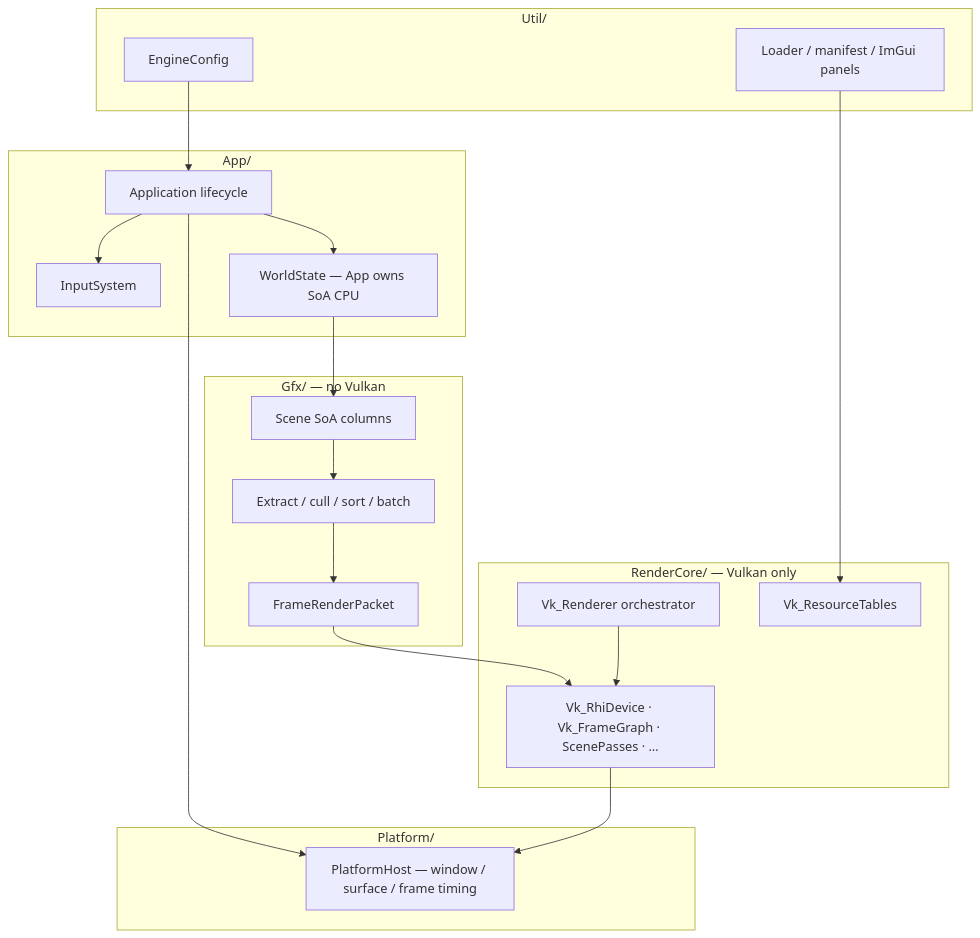
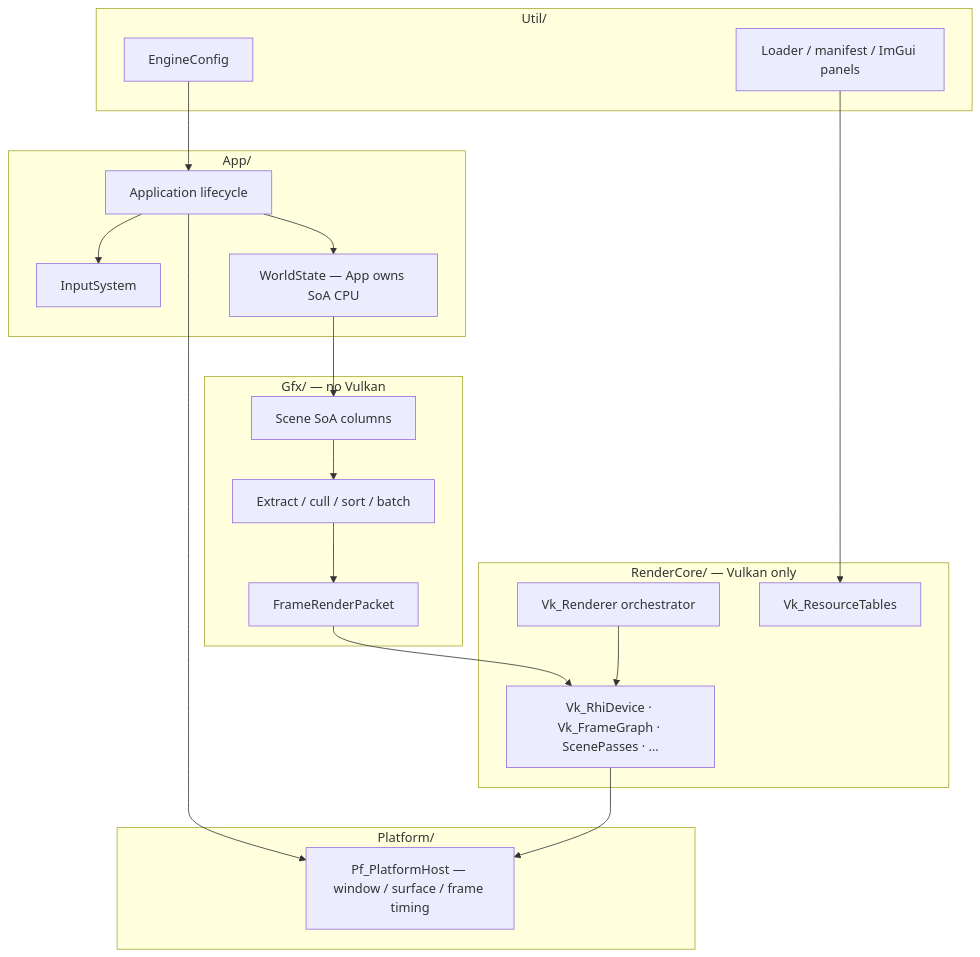
The first of 13 diagrams in Docs/EngineArchitecture.md (PluseggWill/SiriusEngine_VulkanReboot), drawn with Mermaid before and after one commit. The commit also changed other lines of this file and 38 other files, not shown here.

Commit message:
Normalize render architecture file names

````diff
--- a/Docs/EngineArchitecture.md
+++ b/Docs/EngineArchitecture.md
@@ -21,41 +21,41 @@
 ```mermaid
 flowchart TB
   subgraph APP [App/]
     APPLICATION[Application lifecycle]
     INPUT[InputSystem]
     WORLD[WorldState — App owns SoA CPU]
   end
 
   subgraph GFX [Gfx/ — no Vulkan]
     SOA[Scene SoA columns]
     EXTRACT[Extract / cull / sort / batch]
     PACKETS[FrameRenderPacket]
   end
 
   subgraph UTIL [Util/]
     CONFIG[EngineConfig]
     LOAD[Loader / manifest / ImGui panels]
   end
 
   subgraph PLATFORM [Platform/]
-    PHOST[PlatformHost — window / surface / frame timing]
+    PHOST[Pf_PlatformHost — window / surface / frame timing]
   end
 
   subgraph RC [RenderCore/ — Vulkan only]
     CORE[Vk_Renderer orchestrator]
     PEEL[Vk_RhiDevice · Vk_FrameGraph · ScenePasses · …]
     TABLES[Vk_ResourceTables]
   end
 
   APPLICATION --> INPUT
   APPLICATION --> WORLD
   WORLD --> SOA
   SOA --> EXTRACT
   EXTRACT --> PACKETS
   PACKETS --> PEEL
   CONFIG --> APPLICATION
   LOAD --> TABLES
   APPLICATION --> PHOST
   PEEL --> PHOST
   CORE --> PEEL
 ```
````
